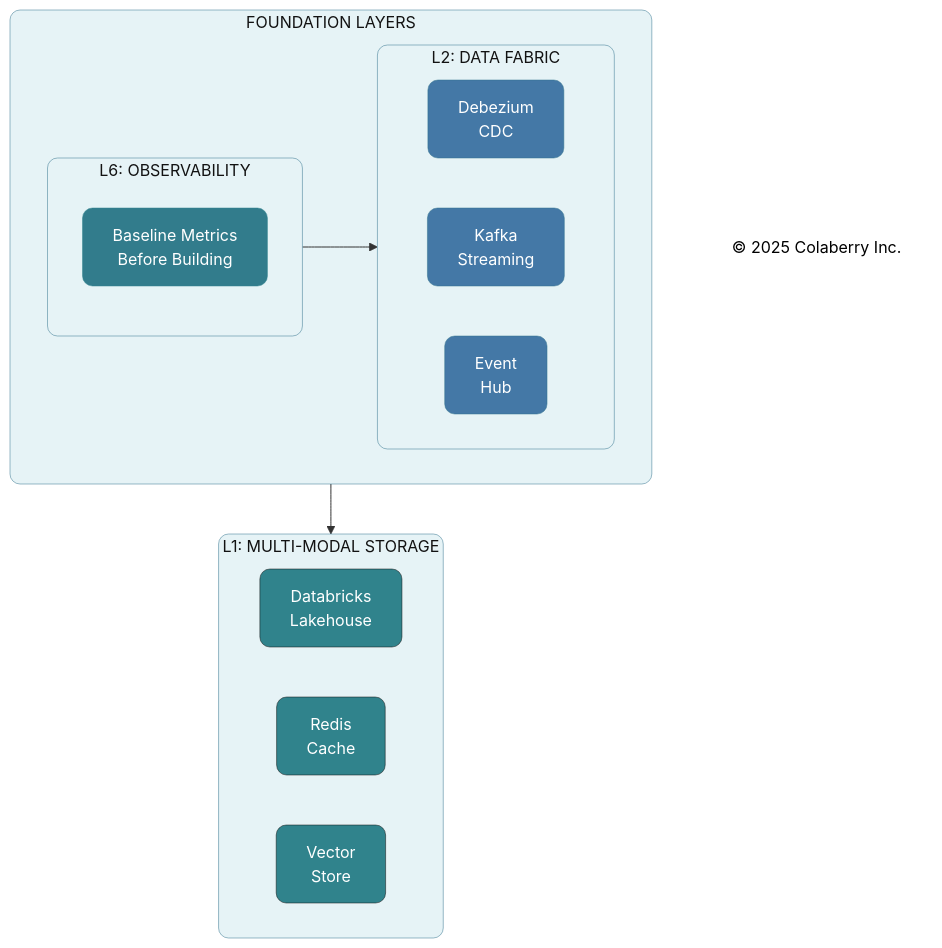
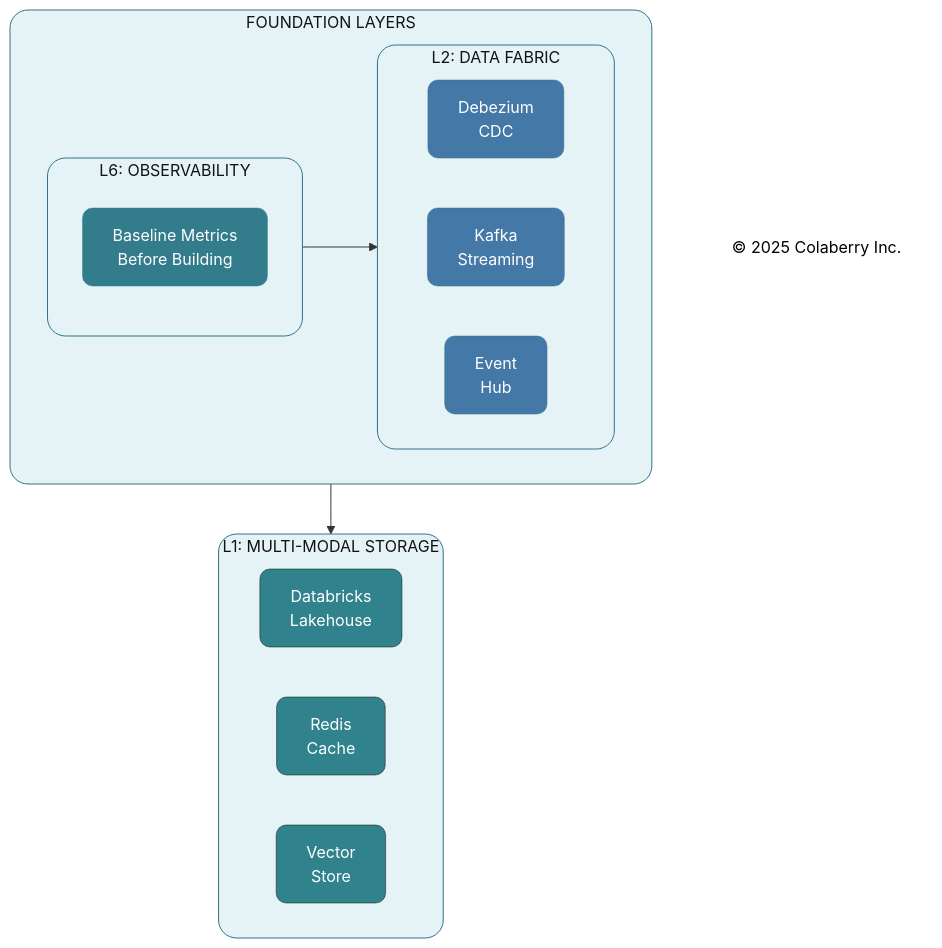
One commit to saitejesh-cyber/trust-before-intelligence-book changed the fourth of 7 diagrams in manuscript/11_chapter_10_week_by_week_implementation.md. Above: the diagram before and after it, drawn with Mermaid. The commit also changed other lines of this file and 12 other files, not shown here.

````diff
--- a/manuscript/11_chapter_10_week_by_week_implementation.md
+++ b/manuscript/11_chapter_10_week_by_week_implementation.md
@@ -357,44 +357,44 @@
 ```mermaid
 
 
 graph TB
     subgraph FOUNDATION["FOUNDATION LAYERS"]
         direction LR
         subgraph OBS["L6: OBSERVABILITY"]
             O1["Baseline Metrics<br/>Before Building"]
         end
         
         subgraph FABRIC["L2: DATA FABRIC"]
             direction LR
             F1["Debezium<br/>CDC"]
             F2["Kafka<br/>Streaming"]
             F3["Event<br/>Hub"]
         end
     end
     
     subgraph STORAGE["L1: MULTI-MODAL STORAGE"]
         direction LR
         S1["Databricks<br/>Lakehouse"]
         S2["Redis<br/>Cache"]
         S3["Vector<br/>Store"]
     end
     
     Copyright["© 2025 Colaberry Inc."]
     
     OBS --> FABRIC
     FOUNDATION --> STORAGE
     
-    style FOUNDATION fill:#E6F3F6,stroke:#32738C,stroke-width:0.5px,color:#121212,rx:10,ry:10
-    style OBS fill:#E6F3F6,stroke:#32738C,stroke-width:0.5px,color:#121212,rx:10,ry:10
-    style FABRIC fill:#E6F3F6,stroke:#32738C,stroke-width:0.5px,color:#121212,rx:10,ry:10
-    style STORAGE fill:#E6F3F6,stroke:#32738C,stroke-width:0.5px,color:#121212,rx:10,ry:10
+    style FOUNDATION fill:#E6F3F6,stroke:#32738C,stroke-width:1px,color:#121212,rx:18,ry:18
+    style OBS fill:#E6F3F6,stroke:#32738C,stroke-width:1px,color:#121212,rx:18,ry:18
+    style FABRIC fill:#E6F3F6,stroke:#32738C,stroke-width:1px,color:#121212,rx:18,ry:18
+    style STORAGE fill:#E6F3F6,stroke:#32738C,stroke-width:1px,color:#121212,rx:18,ry:18
     style O1 fill:#327C8C,stroke:#30838C,stroke-width:0.5px,color:#ffffff,rx:10,ry:10
     style F1 fill:#4478A6,stroke:#32738C,stroke-width:0.5px,color:#ffffff,rx:10,ry:10
     style F2 fill:#4478A6,stroke:#32738C,stroke-width:0.5px,color:#ffffff,rx:10,ry:10
     style F3 fill:#4478A6,stroke:#32738C,stroke-width:0.5px,color:#ffffff,rx:10,ry:10
     style S1 fill:#30838C,stroke:#0D0D0D,stroke-width:0.5px,color:#ffffff,rx:10,ry:10
     style S2 fill:#30838C,stroke:#0D0D0D,stroke-width:0.5px,color:#ffffff,rx:10,ry:10
     style S3 fill:#30838C,stroke:#0D0D0D,stroke-width:0.5px,color:#ffffff,rx:10,ry:10
     style Copyright fill:none,stroke:none,color:#000000
 
 ```
````
